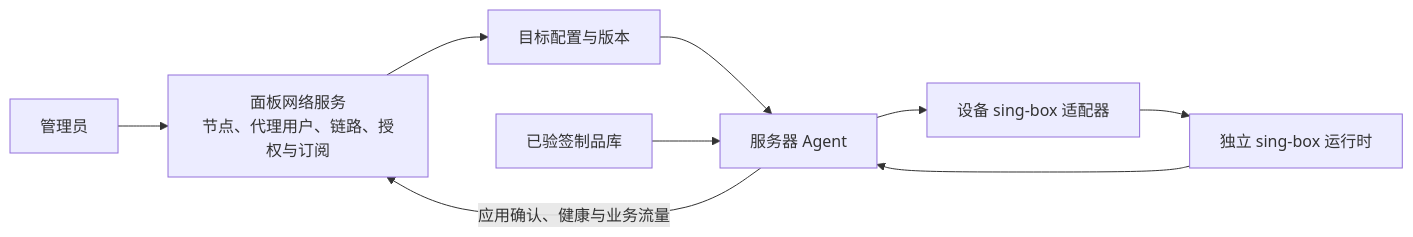
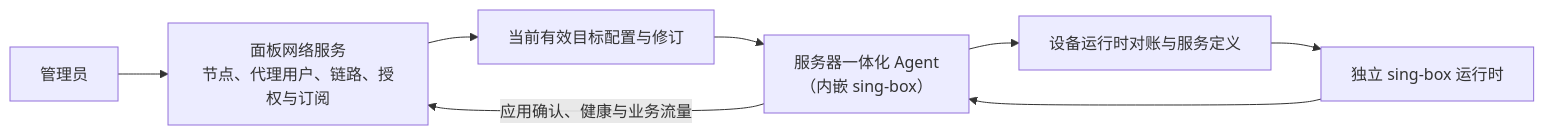
The diagram in docs/singbox-installation.md (theLucius7/apsp), drawn with Mermaid before and after one commit. The commit also changed other lines of this file and 504 other files, not shown here.

````diff
--- a/docs/singbox-installation.md
+++ b/docs/singbox-installation.md
@@ -5,11 +5,10 @@
 ```mermaid
 flowchart LR
   A[管理员] --> P["面板网络服务<br/>节点、代理用户、链路、授权与订阅"]
-  P --> C[目标配置与版本]
-  C --> G[服务器 Agent]
-  R[已验签制品库] --> G
-  G --> S[设备 sing-box 适配器]
+  P --> C[当前有效目标配置与修订]
+  C --> G["服务器一体化 Agent<br/>（内嵌 sing-box）"]
+  G --> S[设备运行时对账与服务定义]
   S --> B[独立 sing-box 运行时]
   B --> G
   G -->|应用确认、健康与业务流量| P
 ```
````
